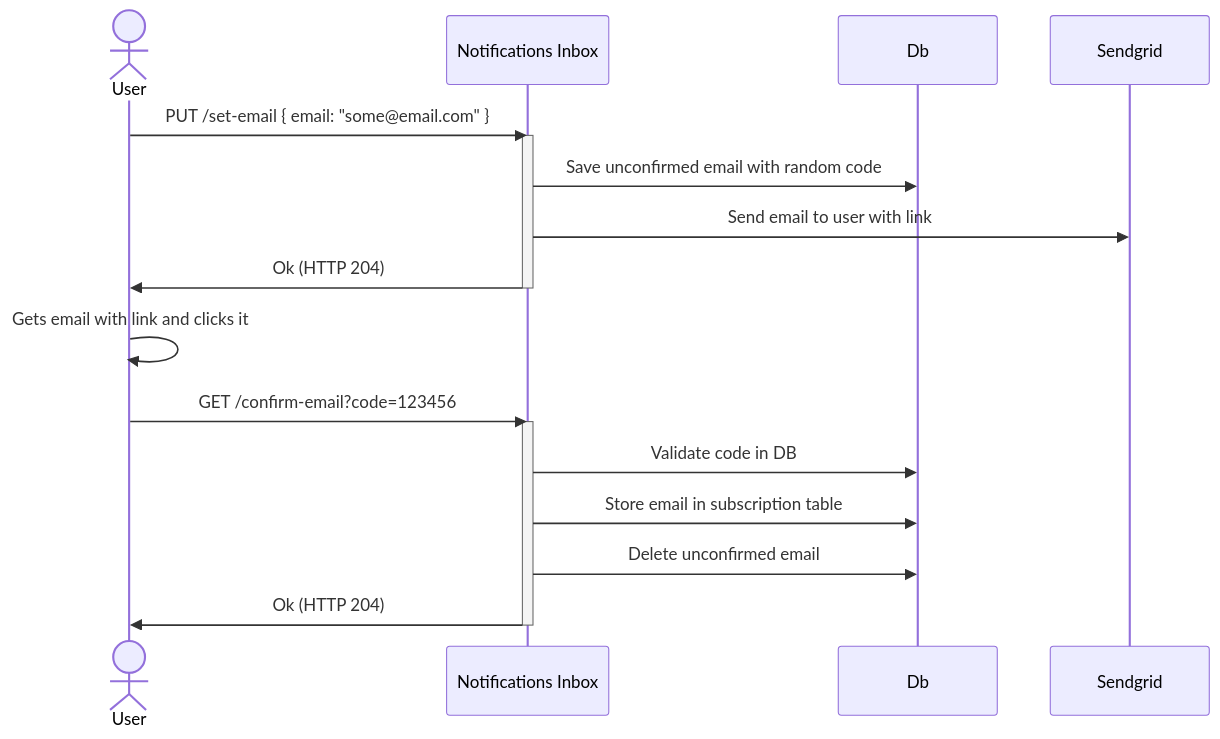
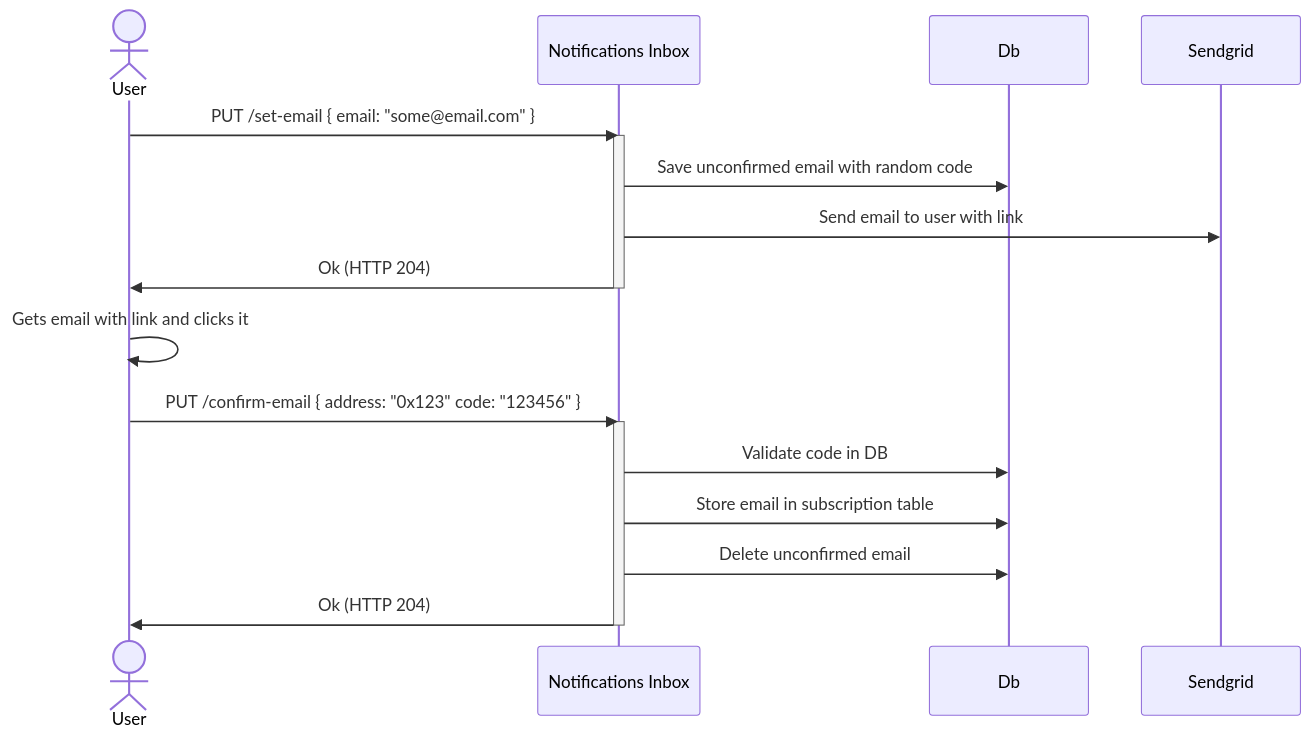
The third of 3 diagrams in README.md (decentraland/notifications-workers), drawn with Mermaid before and after one commit. The commit also changed other lines of this file, not shown here.

````diff
--- a/README.md
+++ b/README.md
@@ -183,19 +183,19 @@
 ```mermaid
 sequenceDiagram
   actor User
   participant Inbox as Notifications Inbox
   User->>Inbox: PUT /set-email { email: "some@email.com" }
   activate Inbox
   Inbox->>Db: Save unconfirmed email with random code
   Inbox->>Sendgrid: Send email to user with link
   Inbox->>User: Ok (HTTP 204)
   deactivate Inbox
   User->>User: Gets email with link and clicks it
-  User->>Inbox: GET /confirm-email?code=123456
+  User->>Inbox: PUT /confirm-email { address: "0x123" code: "123456" }
   activate Inbox
   Inbox->>Db: Validate code in DB
   Inbox->>Db: Store email in subscription table
   Inbox->>Db: Delete unconfirmed email
   Inbox->>User: Ok (HTTP 204)
   deactivate Inbox
 ```
````
